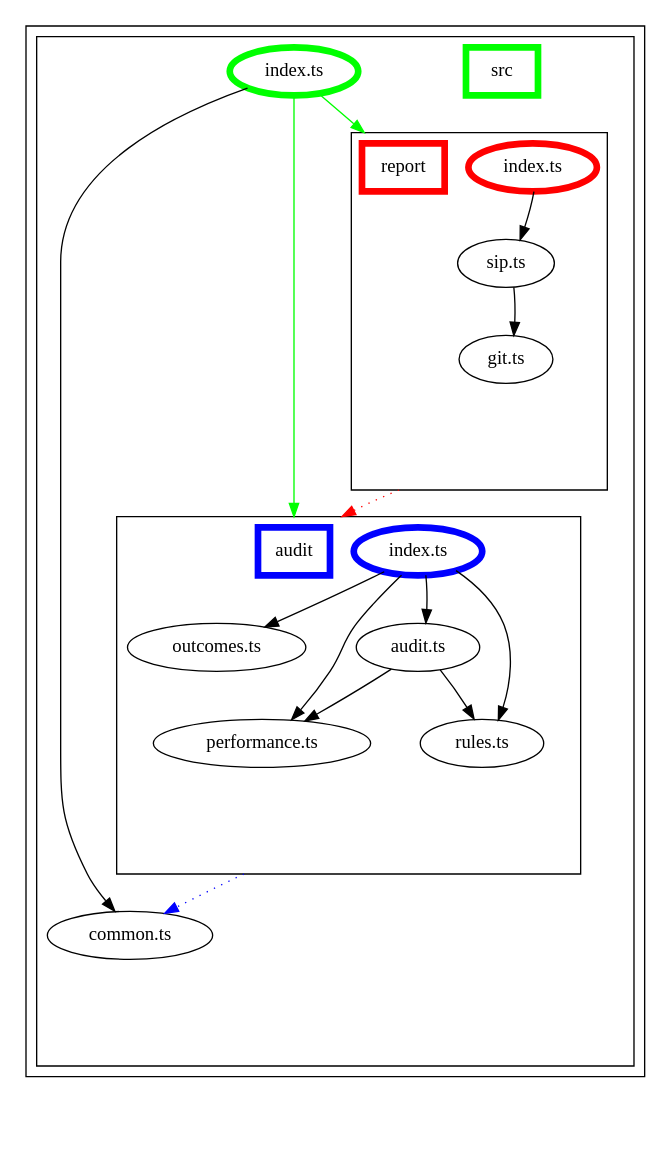
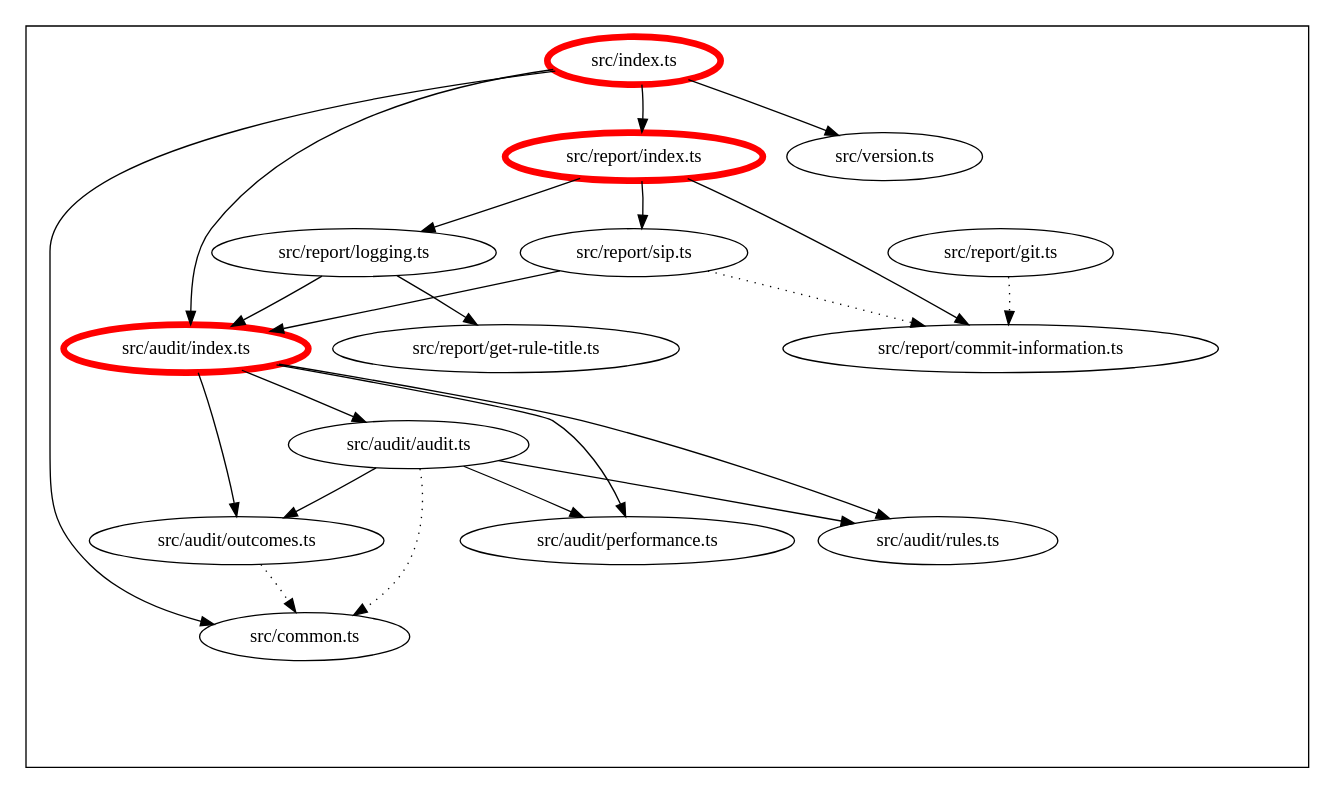
The diagram in packages/alfa-test-utils/docs/dependency-graph.dot (Siteimprove/alfa-integrations), drawn with Graphviz before and after one commit. The commit also changed 88 other files, not shown here.

```diff
--- a/packages/alfa-test-utils/docs/dependency-graph.dot
+++ b/packages/alfa-test-utils/docs/dependency-graph.dot
@@ -1,203 +1,245 @@
-digraph "dependency-graph-[object Object]" {
+digraph "dependency-graph-@siteimprove/alfa-test-utils" {
   compound = true;
-  "dependency-graph-[object Object]" [
-    style = "invis";
-  ];
+  "src/report/commit-information.ts";
+  "src/report/logging.ts";
+  "src/report/sip.ts";
+  "src/audit/index.ts";
+  "src/report/get-rule-title.ts";
+  "src/common.ts";
+  "src/audit/audit.ts";
+  "src/audit/outcomes.ts";
   "src/audit/performance.ts";
   "src/audit/rules.ts";
-  "src/common.ts";
-  "exit_src/audit";
-  "src/audit/audit.ts";
-  "src/audit/outcomes.ts";
-  "src/audit/index.ts";
-  "name_src/audit";
   "src/report/index.ts";
-  "name_src/report";
-  "src/report/sip.ts";
-  "exit_src/report";
-  "src/report/git.ts";
+  "src/version.ts";
   subgraph "cluster_src" {
     color = "#000000";
     label = "";
-    "name_src" [
-      penwidth = 5;
-      shape = "rectangle";
-      color = "#00ff00";
-      label = "src";
+    "src/audit/rules.ts" [
+      label = "src/audit/rules.ts";
     ];
     "exit_src" [
       style = "invis";
     ];
-    subgraph "cluster_src" {
-      color = "#000000";
-      label = "";
-      "name_src" [
-        penwidth = 5;
-        shape = "rectangle";
-        color = "#00ff00";
-        label = "src";
-      ];
-      "exit_src" [
-        style = "invis";
-      ];
-      "src/common.ts" [
-        label = "common.ts";
-      ];
-      "src/index.ts" [
-        label = "index.ts";
-        color = "#00ff00";
-        penwidth = 5;
-      ];
-      subgraph "cluster_src/audit" {
-        color = "#000000";
-        label = "";
-        "name_src/audit" [
-          penwidth = 5;
-          shape = "rectangle";
-          color = "#0000ff";
-          label = "audit";
-        ];
-        "exit_src/audit" [
-          style = "invis";
-        ];
-        "src/audit/audit.ts" [
-          label = "audit.ts";
-        ];
-        "src/audit/index.ts" [
-          label = "index.ts";
-          color = "#0000ff";
-          penwidth = 5;
-        ];
-        "src/audit/outcomes.ts" [
-          label = "outcomes.ts";
-        ];
-        "src/audit/performance.ts" [
-          label = "performance.ts";
-        ];
-        "src/audit/rules.ts" [
-          label = "rules.ts";
-        ];
-        "src/audit/audit.ts" -> "exit_src/audit" [
-          style = "invis";
-        ];
-        "src/audit/index.ts" -> "exit_src/audit" [
-          style = "invis";
-        ];
-        "src/audit/outcomes.ts" -> "exit_src/audit" [
-          style = "invis";
-        ];
-        "src/audit/performance.ts" -> "exit_src/audit" [
-          style = "invis";
-        ];
-        "src/audit/rules.ts" -> "exit_src/audit" [
-          style = "invis";
-        ];
-      }
-      subgraph "cluster_src/report" {
-        color = "#000000";
-        label = "";
-        "name_src/report" [
-          penwidth = 5;
-          shape = "rectangle";
-          color = "#ff0000";
-          label = "report";
-        ];
-        "exit_src/report" [
-          style = "invis";
-        ];
-        "src/report/git.ts" [
-          label = "git.ts";
-        ];
-        "src/report/index.ts" [
-          label = "index.ts";
-          color = "#ff0000";
-          penwidth = 5;
-        ];
-        "src/report/sip.ts" [
-          label = "sip.ts";
-        ];
-        "src/report/git.ts" -> "exit_src/report" [
-          style = "invis";
-        ];
-        "src/report/index.ts" -> "exit_src/report" [
-          style = "invis";
-        ];
-        "src/report/sip.ts" -> "exit_src/report" [
-          style = "invis";
-        ];
-      }
-      "exit_src/audit" -> "exit_src" [
-        style = "invis";
-      ];
-      "exit_src/audit" -> "exit_src" [
-        style = "invis";
-      ];
-      "exit_src/audit" -> "exit_src" [
-        style = "invis";
-      ];
-      "exit_src/audit" -> "exit_src" [
-        style = "invis";
-      ];
-      "exit_src/audit" -> "exit_src" [
-        style = "invis";
-      ];
-      "src/common.ts" -> "exit_src" [
-        style = "invis";
-      ];
-      "src/index.ts" -> "exit_src" [
-        style = "invis";
-      ];
-      "exit_src/report" -> "exit_src" [
-        style = "invis";
-      ];
-      "exit_src/report" -> "exit_src" [
-        style = "invis";
-      ];
-      "exit_src/report" -> "exit_src" [
-        style = "invis";
-      ];
-    }
-    "exit_src" -> "exit_src" [
+    "src/report/git.ts" [
+      label = "src/report/git.ts";
+    ];
+    "src/report/index.ts" [
+      label = "src/report/index.ts";
+      color = "#ff0000";
+      penwidth = 5;
+    ];
+    "src/common.ts" [
+      label = "src/common.ts";
+    ];
+    "src/report/logging.ts" [
+      label = "src/report/logging.ts";
+    ];
+    "src/version.ts" [
+      label = "src/version.ts";
+    ];
+    "src/report/sip.ts" [
+      label = "src/report/sip.ts";
+    ];
+    "src/audit/outcomes.ts" [
+      label = "src/audit/outcomes.ts";
+    ];
+    "src/audit/index.ts" [
+      label = "src/audit/index.ts";
+      color = "#ff0000";
+      penwidth = 5;
+    ];
+    "src/index.ts" [
+      label = "src/index.ts";
+      color = "#ff0000";
+      penwidth = 5;
+    ];
+    "src/audit/audit.ts" [
+      label = "src/audit/audit.ts";
+    ];
+    "src/report/get-rule-title.ts" [
+      label = "src/report/get-rule-title.ts";
+    ];
+    "src/report/commit-information.ts" [
+      label = "src/report/commit-information.ts";
+    ];
+    "src/audit/performance.ts" [
+      label = "src/audit/performance.ts";
+    ];
+    "src/audit/rules.ts" -> "exit_src" [
       style = "invis";
     ];
-    "exit_src" -> "exit_src" [
+    "src/report/git.ts" -> "exit_src" [
       style = "invis";
     ];
-    "exit_src" -> "exit_src" [
+    "src/report/index.ts" -> "exit_src" [
       style = "invis";
     ];
-    "exit_src" -> "exit_src" [
+    "src/common.ts" -> "exit_src" [
       style = "invis";
     ];
-    "exit_src" -> "exit_src" [
+    "src/report/logging.ts" -> "exit_src" [
       style = "invis";
     ];
-    "exit_src" -> "exit_src" [
+    "src/version.ts" -> "exit_src" [
       style = "invis";
     ];
-    "exit_src" -> "exit_src" [
+    "src/report/sip.ts" -> "exit_src" [
       style = "invis";
     ];
-    "exit_src" -> "exit_src" [
+    "src/audit/outcomes.ts" -> "exit_src" [
       style = "invis";
     ];
-    "exit_src" -> "exit_src" [
+    "src/audit/index.ts" -> "exit_src" [
       style = "invis";
     ];
-    "exit_src" -> "exit_src" [
+    "src/index.ts" -> "exit_src" [
+      style = "invis";
+    ];
+    "src/audit/audit.ts" -> "exit_src" [
+      style = "invis";
+    ];
+    "src/report/get-rule-title.ts" -> "exit_src" [
+      style = "invis";
+    ];
+    "src/report/commit-information.ts" -> "exit_src" [
+      style = "invis";
+    ];
+    "src/audit/performance.ts" -> "exit_src" [
       style = "invis";
     ];
   }
-  "exit_src" -> "dependency-graph-[object Object]" [
+  "src/report/git.ts" -> "src/report/commit-information.ts" [
     style = "invis";
+  ];
+  "src/report/git.ts" -> "src/report/commit-information.ts" [
+    style = "dotted";
+    color = "black";
+  ];
+  "src/report/index.ts" -> "src/report/commit-information.ts" [
+    style = "invis";
+  ];
+  "src/report/index.ts" -> "src/report/commit-information.ts" [
+    style = "solid";
+    color = "black";
+  ];
+  "src/report/index.ts" -> "src/report/logging.ts" [
+    style = "invis";
+  ];
+  "src/report/index.ts" -> "src/report/logging.ts" [
+    style = "solid";
+    color = "black";
+  ];
+  "src/report/index.ts" -> "src/report/sip.ts" [
+    style = "invis";
+  ];
+  "src/report/index.ts" -> "src/report/sip.ts" [
+    style = "solid";
+    color = "black";
+  ];
+  "src/report/logging.ts" -> "src/audit/index.ts" [
+    style = "invis";
+  ];
+  "src/report/logging.ts" -> "src/audit/index.ts" [
+    style = "solid";
+    color = "black";
+  ];
+  "src/report/logging.ts" -> "src/report/get-rule-title.ts" [
+    style = "invis";
+  ];
+  "src/report/logging.ts" -> "src/report/get-rule-title.ts" [
+    style = "solid";
+    color = "black";
+  ];
+  "src/report/sip.ts" -> "src/audit/index.ts" [
+    style = "invis";
+  ];
+  "src/report/sip.ts" -> "src/audit/index.ts" [
+    style = "solid";
+    color = "black";
+  ];
+  "src/report/sip.ts" -> "src/report/commit-information.ts" [
+    style = "invis";
+  ];
+  "src/report/sip.ts" -> "src/report/commit-information.ts" [
+    style = "dotted";
+    color = "black";
+  ];
+  "src/audit/outcomes.ts" -> "src/common.ts" [
+    style = "invis";
+  ];
+  "src/audit/outcomes.ts" -> "src/common.ts" [
+    style = "dotted";
+    color = "black";
+  ];
+  "src/audit/index.ts" -> "src/audit/audit.ts" [
+    style = "invis";
+  ];
+  "src/audit/index.ts" -> "src/audit/audit.ts" [
+    style = "solid";
+    color = "black";
+  ];
+  "src/audit/index.ts" -> "src/audit/outcomes.ts" [
+    style = "invis";
+  ];
+  "src/audit/index.ts" -> "src/audit/outcomes.ts" [
+    style = "solid";
+    color = "black";
+  ];
+  "src/audit/index.ts" -> "src/audit/performance.ts" [
+    style = "invis";
+  ];
+  "src/audit/index.ts" -> "src/audit/performance.ts" [
+    style = "solid";
+    color = "black";
+  ];
+  "src/audit/index.ts" -> "src/audit/rules.ts" [
+    style = "invis";
+  ];
+  "src/audit/index.ts" -> "src/audit/rules.ts" [
+    style = "solid";
+    color = "black";
+  ];
+  "src/index.ts" -> "src/audit/index.ts" [
+    style = "invis";
+  ];
+  "src/index.ts" -> "src/audit/index.ts" [
+    style = "solid";
+    color = "black";
+  ];
+  "src/index.ts" -> "src/common.ts" [
+    style = "invis";
+  ];
+  "src/index.ts" -> "src/common.ts" [
+    style = "solid";
+    color = "black";
+  ];
+  "src/index.ts" -> "src/report/index.ts" [
+    style = "invis";
+  ];
+  "src/index.ts" -> "src/report/index.ts" [
+    style = "solid";
+    color = "black";
+  ];
+  "src/index.ts" -> "src/version.ts" [
+    style = "invis";
+  ];
+  "src/index.ts" -> "src/version.ts" [
+    style = "solid";
+    color = "black";
+  ];
+  "src/audit/audit.ts" -> "src/audit/outcomes.ts" [
+    style = "invis";
+  ];
+  "src/audit/audit.ts" -> "src/audit/outcomes.ts" [
+    style = "solid";
+    color = "black";
   ];
   "src/audit/audit.ts" -> "src/audit/performance.ts" [
     style = "invis";
   ];
   "src/audit/audit.ts" -> "src/audit/performance.ts" [
     style = "solid";
-    ltail = "cluster_src/audit/audit.ts";
-    lhead = "cluster_src/audit/performance.ts";
     color = "black";
   ];
   "src/audit/audit.ts" -> "src/audit/rules.ts" [
@@ -205,104 +247,13 @@
   ];
   "src/audit/audit.ts" -> "src/audit/rules.ts" [
     style = "solid";
-    ltail = "cluster_src/audit/audit.ts";
-    lhead = "cluster_src/audit/rules.ts";
     color = "black";
   ];
   "src/audit/audit.ts" -> "src/common.ts" [
     style = "invis";
   ];
-  "exit_src/audit" -> "src/common.ts" [
+  "src/audit/audit.ts" -> "src/common.ts" [
     style = "dotted";
-    ltail = "cluster_src/audit";
-    lhead = "cluster_src/common.ts";
-    color = "#0000ff";
-  ];
-  "src/audit/index.ts" -> "src/audit/audit.ts" [
-    style = "invis";
-  ];
-  "src/audit/index.ts" -> "src/audit/audit.ts" [
-    style = "solid";
-    ltail = "cluster_src/audit/index.ts";
-    lhead = "cluster_src/audit/audit.ts";
-    color = "black";
-  ];
-  "src/audit/index.ts" -> "src/audit/outcomes.ts" [
-    style = "invis";
-  ];
-  "src/audit/index.ts" -> "src/audit/outcomes.ts" [
-    style = "solid";
-    ltail = "cluster_src/audit/index.ts";
-    lhead = "cluster_src/audit/outcomes.ts";
-    color = "black";
-  ];
-  "src/audit/index.ts" -> "src/audit/performance.ts" [
-    style = "invis";
-  ];
-  "src/audit/index.ts" -> "src/audit/performance.ts" [
-    style = "solid";
-    ltail = "cluster_src/audit/index.ts";
-    lhead = "cluster_src/audit/performance.ts";
-    color = "black";
-  ];
-  "src/audit/index.ts" -> "src/audit/rules.ts" [
-    style = "invis";
-  ];
-  "src/audit/index.ts" -> "src/audit/rules.ts" [
-    style = "solid";
-    ltail = "cluster_src/audit/index.ts";
-    lhead = "cluster_src/audit/rules.ts";
-    color = "black";
-  ];
-  "src/audit/outcomes.ts" -> "src/common.ts" [
-    style = "invis";
-  ];
-  "exit_src/audit" -> "src/common.ts" [
-    style = "invis";
-  ];
-  "src/index.ts" -> "name_src/audit" [
-    style = "solid";
-    ltail = "cluster_src/index.ts";
-    lhead = "cluster_src/audit";
-    color = "#00ff00";
-  ];
-  "src/index.ts" -> "src/common.ts" [
-    style = "invis";
-  ];
-  "src/index.ts" -> "src/common.ts" [
-    style = "solid";
-    ltail = "cluster_src/index.ts";
-    lhead = "cluster_src/common.ts";
-    color = "black";
-  ];
-  "src/index.ts" -> "name_src/report" [
-    style = "solid";
-    ltail = "cluster_src/index.ts";
-    lhead = "cluster_src/report";
-    color = "#00ff00";
-  ];
-  "src/report/index.ts" -> "src/report/sip.ts" [
-    style = "invis";
-  ];
-  "src/report/index.ts" -> "src/report/sip.ts" [
-    style = "solid";
-    ltail = "cluster_src/report/index.ts";
-    lhead = "cluster_src/report/sip.ts";
-    color = "black";
-  ];
-  "exit_src/report" -> "name_src/audit" [
-    style = "dotted";
-    ltail = "cluster_src/report";
-    lhead = "cluster_src/audit";
-    color = "#ff0000";
-  ];
-  "src/report/sip.ts" -> "src/report/git.ts" [
-    style = "invis";
-  ];
-  "src/report/sip.ts" -> "src/report/git.ts" [
-    style = "solid";
-    ltail = "cluster_src/report/sip.ts";
-    lhead = "cluster_src/report/git.ts";
     color = "black";
   ];
 }
```
